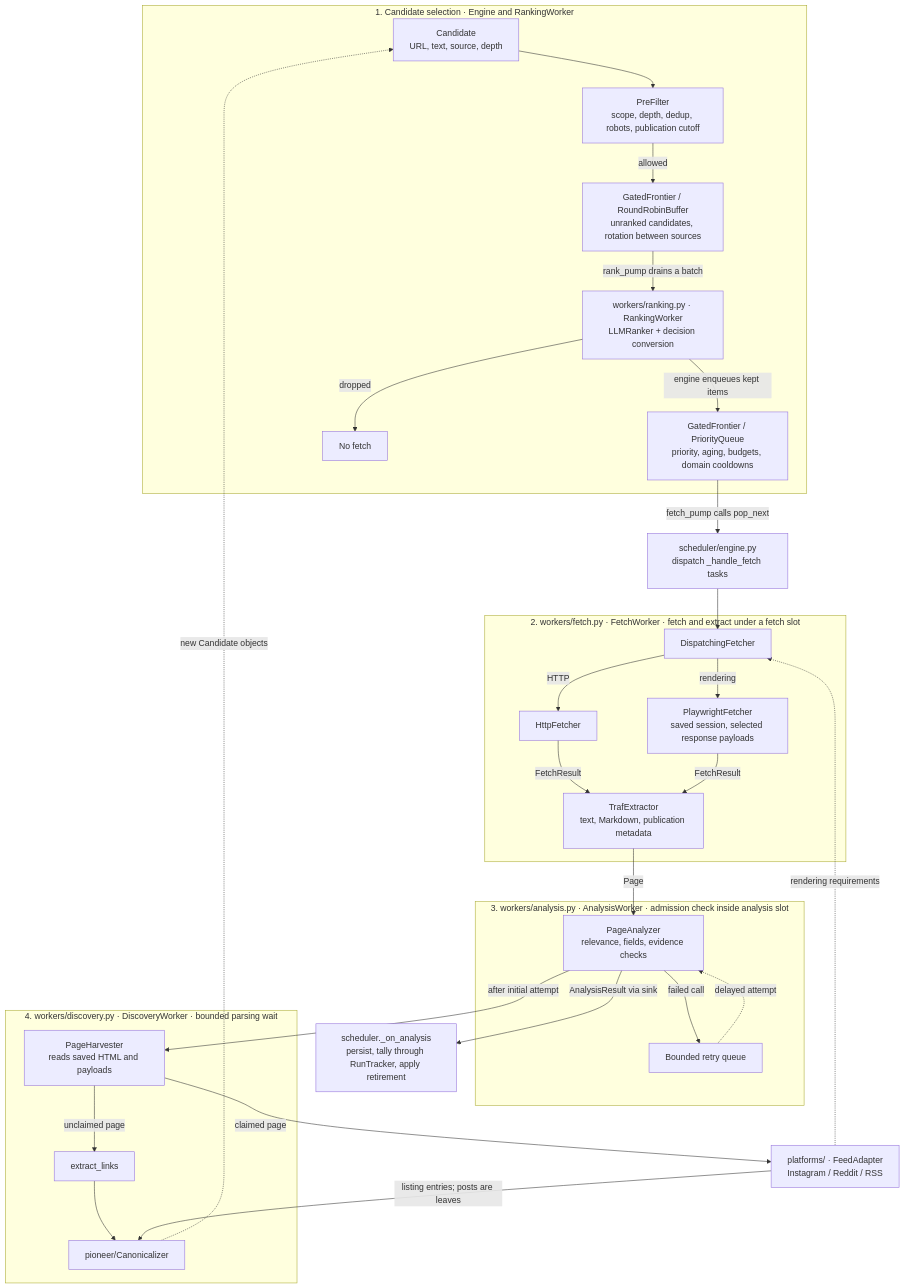
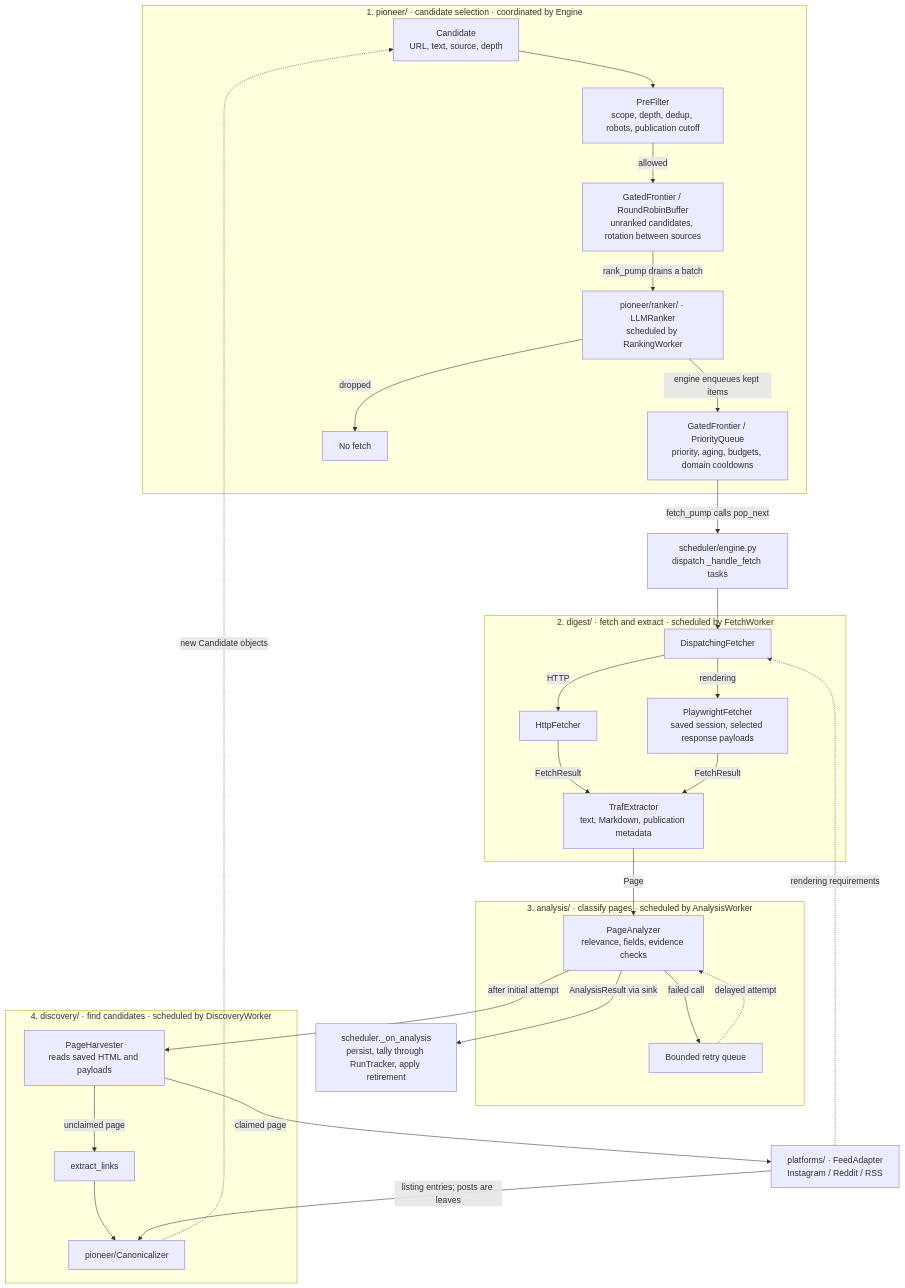
Before and after one commit to shixuan/crawl-me-maybe: the first of 2 diagrams in docs/arch.md, drawn with Mermaid.

Commit message:
docs(arch): clarify module ownership

````diff
--- a/docs/arch.md
+++ b/docs/arch.md
@@ -8,41 +8,41 @@
 ```mermaid
 flowchart TB
-    subgraph pioneer["1. Candidate selection · Engine and RankingWorker"]
+    subgraph pioneer["1. pioneer/ · candidate selection · coordinated by Engine"]
         candidates["Candidate<br>URL, text, source, depth"] --> filter["PreFilter<br>scope, depth, dedup, robots, publication cutoff"]
         filter -->|allowed| buffer["GatedFrontier / RoundRobinBuffer<br>unranked candidates, rotation between sources"]
-        buffer -->|rank_pump drains a batch| ranker["workers/ranking.py · RankingWorker<br>LLMRanker + decision conversion"]
+        buffer -->|rank_pump drains a batch| ranker["pioneer/ranker/ · LLMRanker<br>scheduled by RankingWorker"]
         ranker -->|engine enqueues kept items| queue["GatedFrontier / PriorityQueue<br>priority, aging, budgets, domain cooldowns"]
         ranker -->|dropped| dropped["No fetch"]
     end
 
     queue -->|fetch_pump calls pop_next| dispatch["scheduler/engine.py<br>dispatch _handle_fetch tasks"]
 
-    subgraph digest["2. workers/fetch.py · FetchWorker · fetch and extract under a fetch slot"]
+    subgraph digest["2. digest/ · fetch and extract · scheduled by FetchWorker"]
         fetcher[DispatchingFetcher] -->|HTTP| http[HttpFetcher]
         fetcher -->|rendering| browser["PlaywrightFetcher<br>saved session, selected response payloads"]
         http -->|FetchResult| extractor["TrafExtractor<br>text, Markdown, publication metadata"]
         browser -->|FetchResult| extractor
     end
     dispatch --> fetcher
 
-    subgraph analysis["3. workers/analysis.py · AnalysisWorker · admission check inside analysis slot"]
+    subgraph analysis["3. analysis/ · classify pages · scheduled by AnalysisWorker"]
         analyzer["PageAnalyzer<br>relevance, fields, evidence checks"]
         analyzer -->|failed call| retry["Bounded retry queue"]
         retry -. delayed attempt .-> analyzer
     end
     extractor -->|Page| analyzer
     analyzer -->|AnalysisResult via sink| sink["scheduler._on_analysis<br>persist, tally through RunTracker, apply retirement"]
 
-    subgraph discovery["4. workers/discovery.py · DiscoveryWorker · bounded parsing wait"]
+    subgraph discovery["4. discovery/ · find candidates · scheduled by DiscoveryWorker"]
         harvest["PageHarvester<br>reads saved HTML and payloads"]
         harvest -->|unclaimed page| links[extract_links]
         canonical["pioneer/Canonicalizer"]
         links --> canonical
     end
     adapters["platforms/ · FeedAdapter<br>Instagram / Reddit / RSS"]
     harvest -->|claimed page| adapters
     adapters -->|listing entries; posts are leaves| canonical
     adapters -. rendering requirements .-> fetcher
     analyzer -->|after initial attempt| harvest
     canonical -. new Candidate objects .-> candidates
 ```
````
